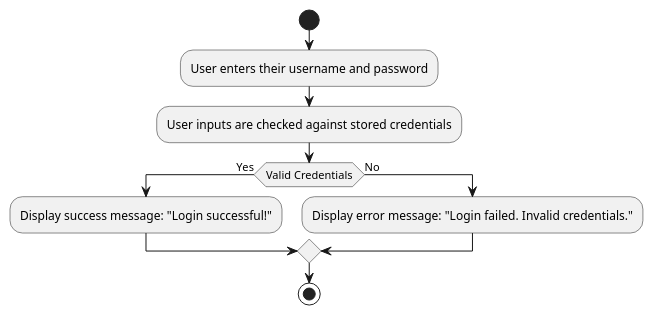
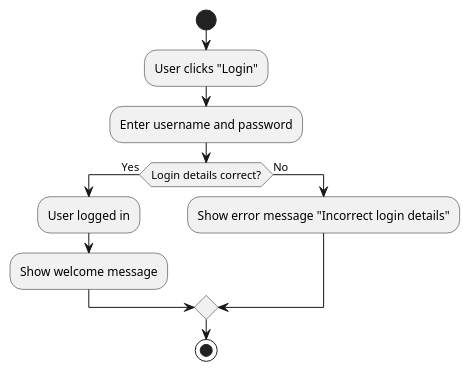
The diagram in src/main/java/AnalyseBibliotheekSysteem/FlowchartUserCases/Klantenservice/inlogen.puml (9elmaz9/BibliotheekSysteem), drawn with PlantUML before and after one commit. The commit also changed other lines of this file and 11 other files, not shown here.

```diff
--- a/src/main/java/AnalyseBibliotheekSysteem/FlowchartUserCases/Klantenservice/inlogen.puml
+++ b/src/main/java/AnalyseBibliotheekSysteem/FlowchartUserCases/Klantenservice/inlogen.puml
@@ -16,11 +2,12 @@
 @startuml
-start
-:User enters their username and password;
-:User inputs are checked against stored credentials;
-if (Valid Credentials) then (Yes)
-  :Display success message: "Login successful!";
+Start
+:User clicks "Login";
+:Enter username and password;
+if (Login details correct?) then (Yes)
+   :User logged in;
+   :Show welcome message;
 else (No)
-  :Display error message: "Login failed. Invalid credentials.";
+   :Show error message "Incorrect login details";
 endif
-stop
+Stop
 @enduml
```
